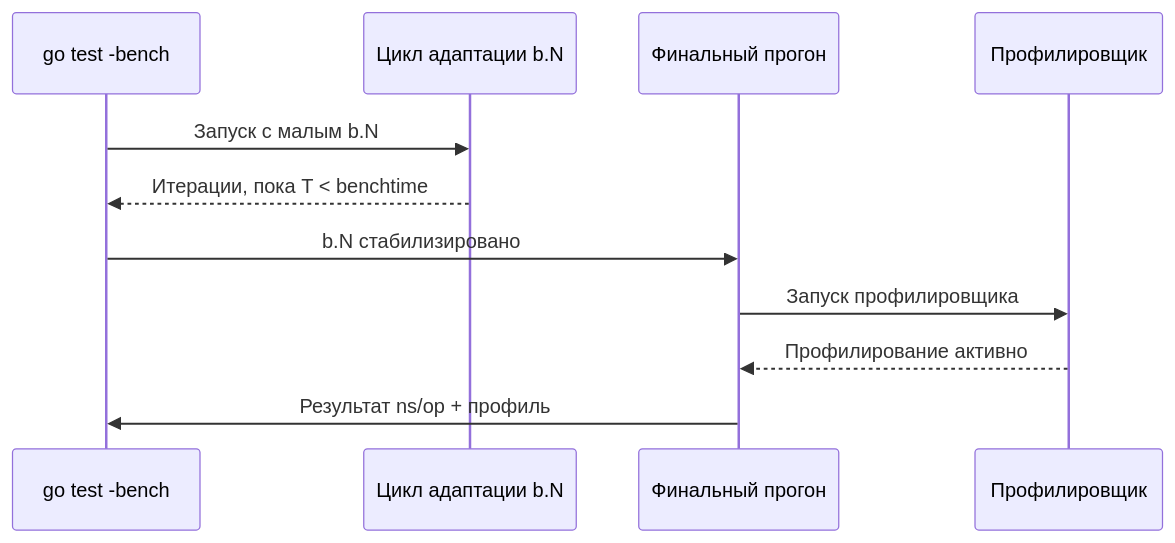
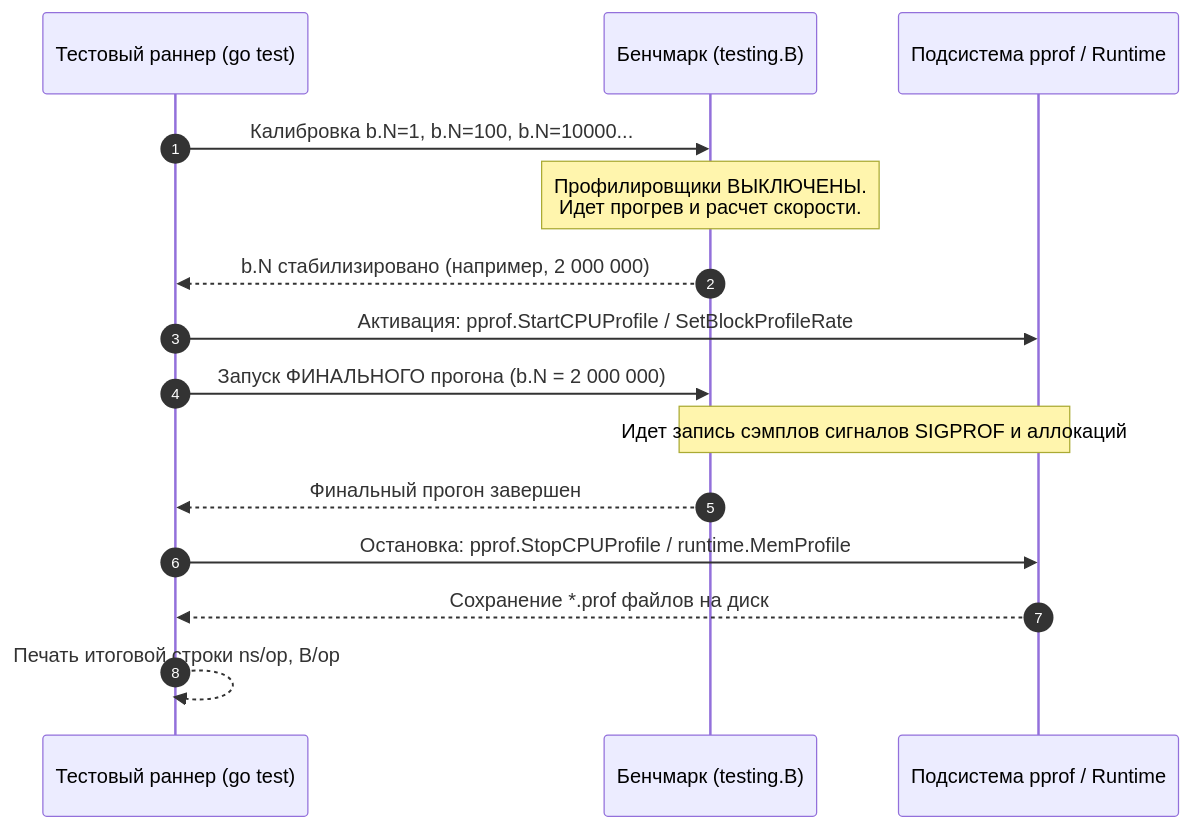
Before and after one commit to UnrealTemplier/go-textbook: the second of 5 diagrams in sources/16. Профилирование, отладка и производительность/02. Benchmarking/7. Профилирование внутри benchmark.md, drawn with Mermaid. The commit also changed other lines of this file, not shown here.

Commit message:
feat(module-16): editorial rewrite of lecture 7 (Профилирование внутри benchmark) in Subsection 02 in Kernighan style

````diff
--- a/sources/16. Профилирование, отладка и производительность/02. Benchmarking/7. Профилирование внутри benchmark.md
+++ b/sources/16. Профилирование, отладка и производительность/02. Benchmarking/7. Профилирование внутри benchmark.md
@@ -19,14 +54,20 @@
 ```mermaid
 sequenceDiagram
-    participant Bench as go test -bench
-    participant Adapt as Цикл адаптации b.N
-    participant Final as Финальный прогон
-    participant Prof as Профилировщик
+    autonumber
+    participant Runner as Тестовый раннер (go test)
+    participant B as Бенчмарк (testing.B)
+    participant Prof as Подсистема pprof / Runtime
 
-    Bench->>Adapt: Запуск с малым b.N
-    Adapt-->>Bench: Итерации, пока T < benchtime
-    Bench->>Final: b.N стабилизировано
-    Final->>Prof: Запуск профилировщика
-    Prof-->>Final: Профилирование активно
-    Final->>Bench: Результат ns/op + профиль
+    Runner->>B: Калибровка b.N=1, b.N=100, b.N=10000...
+    Note over B: Профилировщики ВЫКЛЮЧЕНЫ.<br>Идет прогрев и расчет скорости.
+    B-->>Runner: b.N стабилизировано (например, 2 000 000)
+
+    Runner->>Prof: Активация: pprof.StartCPUProfile / SetBlockProfileRate
+    Runner->>B: Запуск ФИНАЛЬНОГО прогона (b.N = 2 000 000)
+    Note over B,Prof: Идет запись сэмплов сигналов SIGPROF и аллокаций
+    B-->>Runner: Финальный прогон завершен
+
+    Runner->>Prof: Остановка: pprof.StopCPUProfile / runtime.MemProfile
+    Prof-->>Runner: Сохранение *.prof файлов на диск
+    Runner-->>Runner: Печать итоговой строки ns/op, B/op
 ```
````
